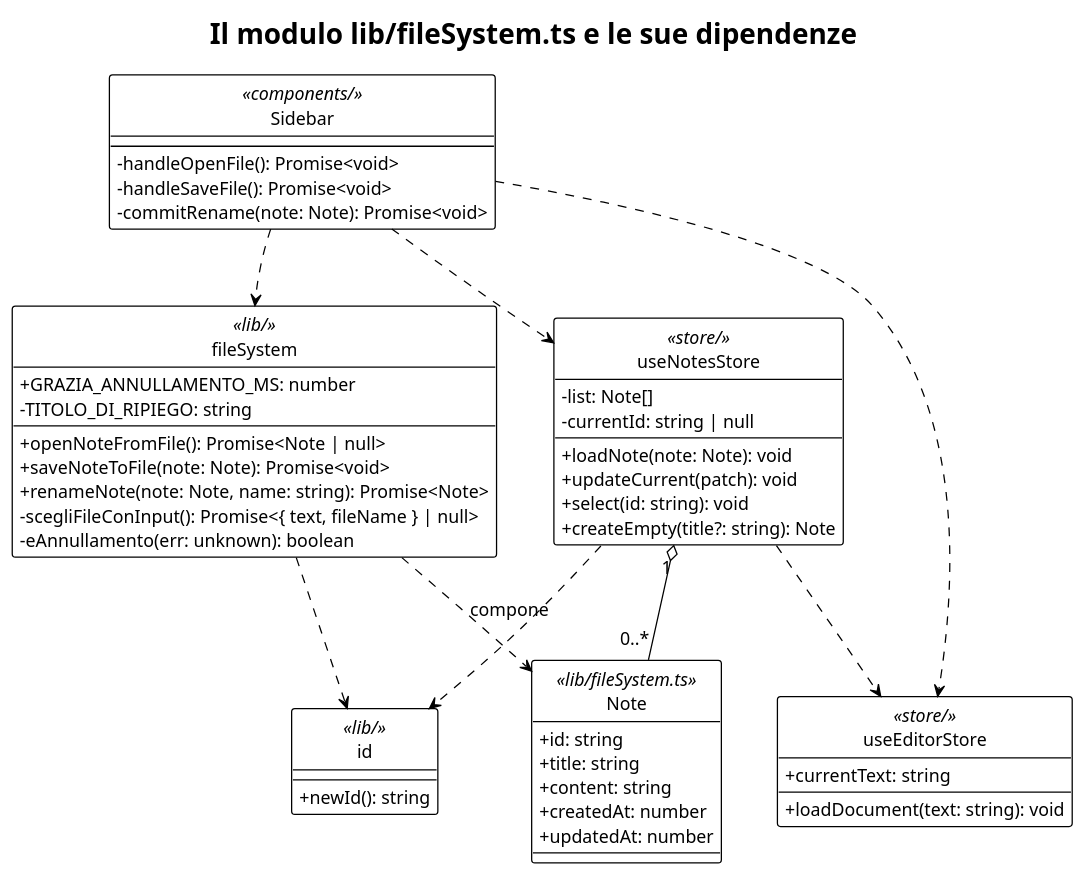
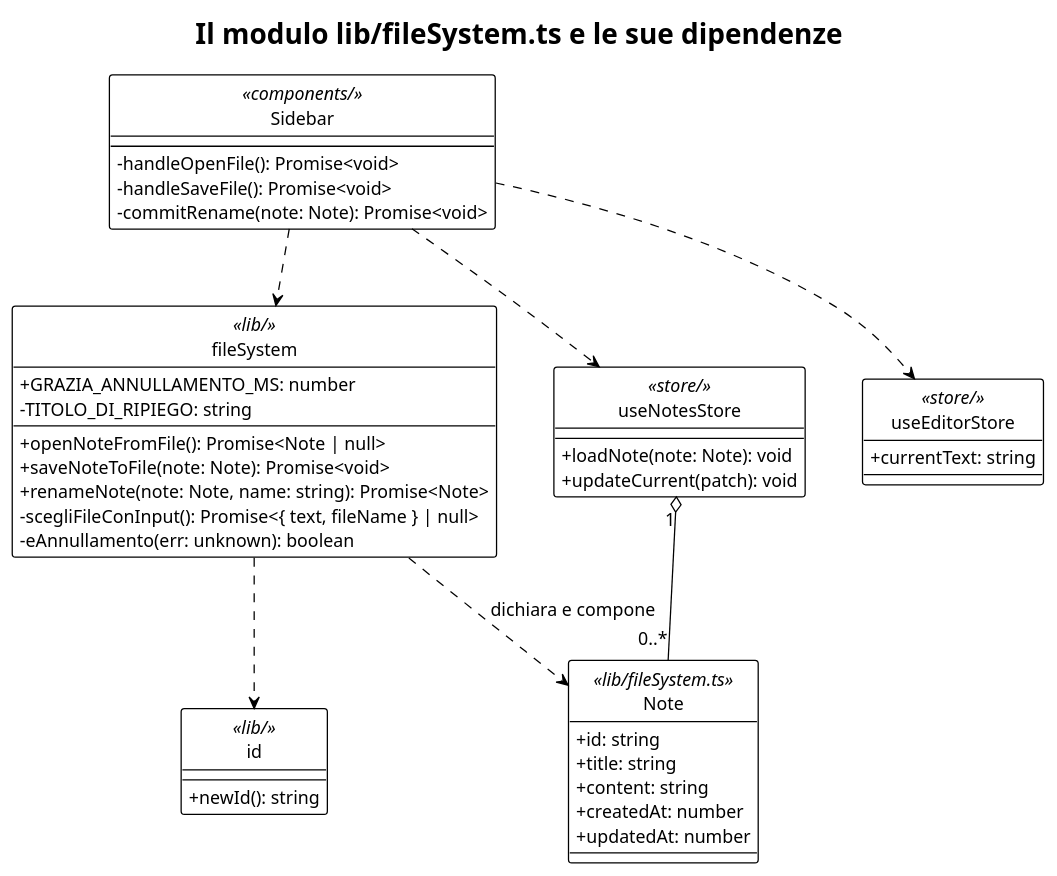
Before and after one commit to thebitless-group-swe/thebitless.github.io: the diagram in PB/doc_esterna/specifica_tecnica/assets/plantuml/UML4.4.1-1.puml, drawn with PlantUML. The commit also changed 15 other files, not shown here.

Commit message:
fix(ST): sistema diagrammi UML capitolo 4.4 e coerenza con relativo testo

```diff
--- a/PB/doc_esterna/specifica_tecnica/assets/plantuml/UML4.4.1-1.puml
+++ b/PB/doc_esterna/specifica_tecnica/assets/plantuml/UML4.4.1-1.puml
@@ -1,71 +1,62 @@
 @startuml
 !theme plain
 hide circle
 skinparam classAttributeIconSize 0
 skinparam shadowing false
 skinparam nodesep 45
 skinparam ranksep 60
 skinparam defaultFontSize 14
 
 title Il modulo lib/fileSystem.ts e le sue dipendenze
 
 together {
   class Sidebar <<components/>> {
     - handleOpenFile(): Promise<void>
     - handleSaveFile(): Promise<void>
     - commitRename(note: Note): Promise<void>
   }
 
   class fileSystem <<lib/>> {
     + GRAZIA_ANNULLAMENTO_MS: number
+    - TITOLO_DI_RIPIEGO: string
     + openNoteFromFile(): Promise<Note | null>
     + saveNoteToFile(note: Note): Promise<void>
     + renameNote(note: Note, name: string): Promise<Note>
-    - TITOLO_DI_RIPIEGO: string
     - scegliFileConInput(): Promise<{ text, fileName } | null>
     - eAnnullamento(err: unknown): boolean
   }
 
   class id <<lib/>> {
     + newId(): string
   }
 }
 
 together {
   class useNotesStore <<store/>> {
-    - list: Note[]
-    - currentId: string | null
     + loadNote(note: Note): void
     + updateCurrent(patch): void
-    + select(id: string): void
-    + createEmpty(title?: string): Note
   }
 
   class useEditorStore <<store/>> {
     + currentText: string
-    + loadDocument(text: string): void
   }
 
   class Note <<lib/fileSystem.ts>> {
     + id: string
     + title: string
     + content: string
     + createdAt: number
     + updatedAt: number
   }
 }
 
 Sidebar ..> fileSystem
 Sidebar ..> useNotesStore
 Sidebar ..> useEditorStore
 
 fileSystem ..> id
-fileSystem ..> Note : compone
+fileSystem ..> Note : dichiara e compone
 
-useNotesStore ..> id
-useNotesStore ..> useEditorStore
 useNotesStore "1" o-- "0..*" Note
 
-Sidebar -[hidden]down- useNotesStore
-
 @enduml
```
